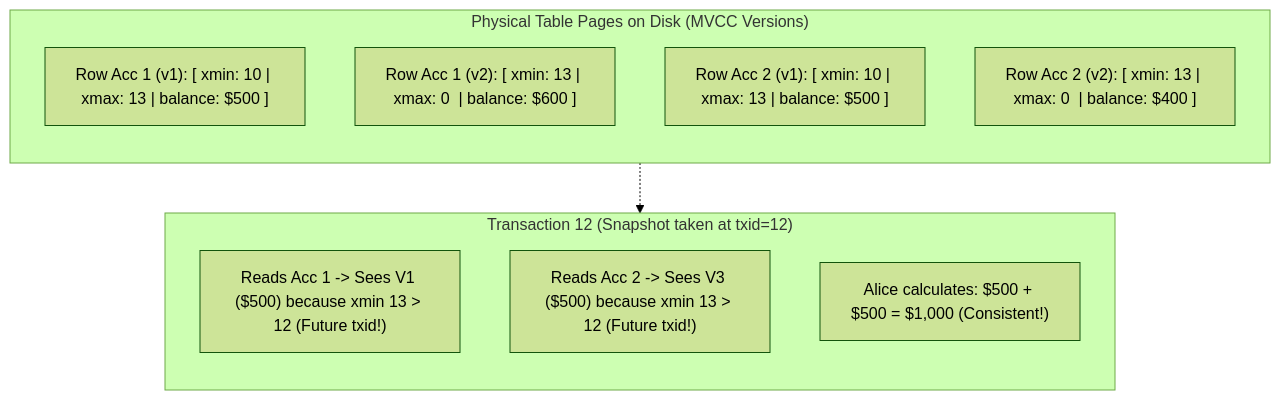
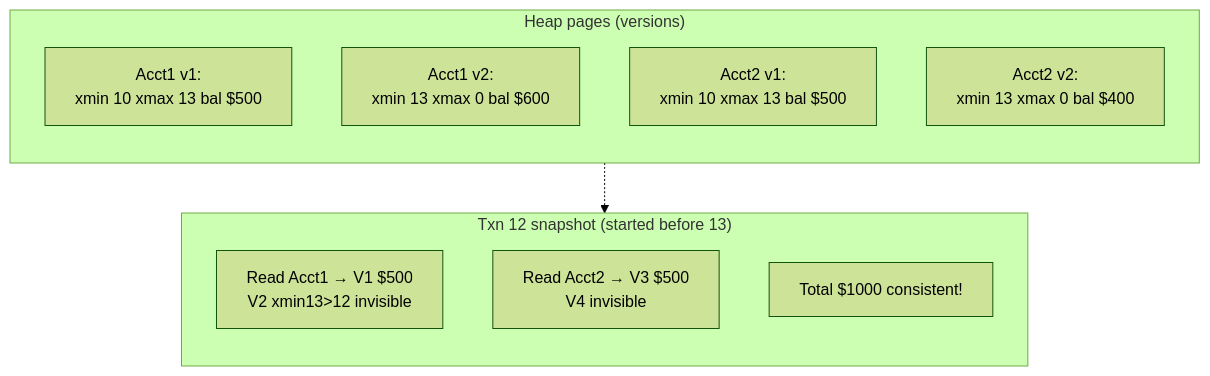
Before and after one commit to 1mimhe/books-summery: the seventh of 14 diagrams in 01 Designing Data-Intensive Applications/chapter-08-transactions.md, drawn with Mermaid (forest theme). The commit also changed other lines of this file and 2 other files, not shown here.

Commit message:
docs(book01): forensic rewrite ch08-10 (14 txn figs+XSSI, fig 9-5/Byzantine, IDs/UUID consensus)

````diff
--- a/01 Designing Data-Intensive Applications/chapter-08-transactions.md
+++ b/01 Designing Data-Intensive Applications/chapter-08-transactions.md
@@ -344,19 +481,17 @@
 ```mermaid
 flowchart TD
-  subgraph DISK["Physical Table Pages on Disk (MVCC Versions)"]
+  subgraph DISK["Heap pages (versions)"]
     direction TB
-    V1["Row Acc 1 (v1): [ xmin: 10 | xmax: 13 | balance: $500 ]"]
-    V2["Row Acc 1 (v2): [ xmin: 13 | xmax: 0  | balance: $600 ]"]
-    V3["Row Acc 2 (v1): [ xmin: 10 | xmax: 13 | balance: $500 ]"]
-    V4["Row Acc 2 (v2): [ xmin: 13 | xmax: 0  | balance: $400 ]"]
+    V1["Acct1 v1:<br/>xmin 10 xmax 13 bal $500"]
+    V2["Acct1 v2:<br/>xmin 13 xmax 0 bal $600"]
+    V3["Acct2 v1:<br/>xmin 10 xmax 13 bal $500"]
+    V4["Acct2 v2:<br/>xmin 13 xmax 0 bal $400"]
   end
-
-  subgraph T12["Transaction 12 (Snapshot taken at txid=12)"]
+  subgraph T12["Txn 12 snapshot (started before 13)"]
     direction TB
-    Q1["Reads Acc 1 -> Sees V1 ($500) because xmin 13 > 12 (Future txid!)"]
-    Q2["Reads Acc 2 -> Sees V3 ($500) because xmin 13 > 12 (Future txid!)"]
-    TOTAL["Alice calculates: $500 + $500 = $1,000 (Consistent!)"]
+    Q1["Read Acct1 → V1 $500<br/>V2 xmin13>12 invisible"]
+    Q2["Read Acct2 → V3 $500<br/>V4 invisible"]
+    TOT["Total $1000 consistent!"]
   end
-
   DISK -.-> T12
 ```
````
